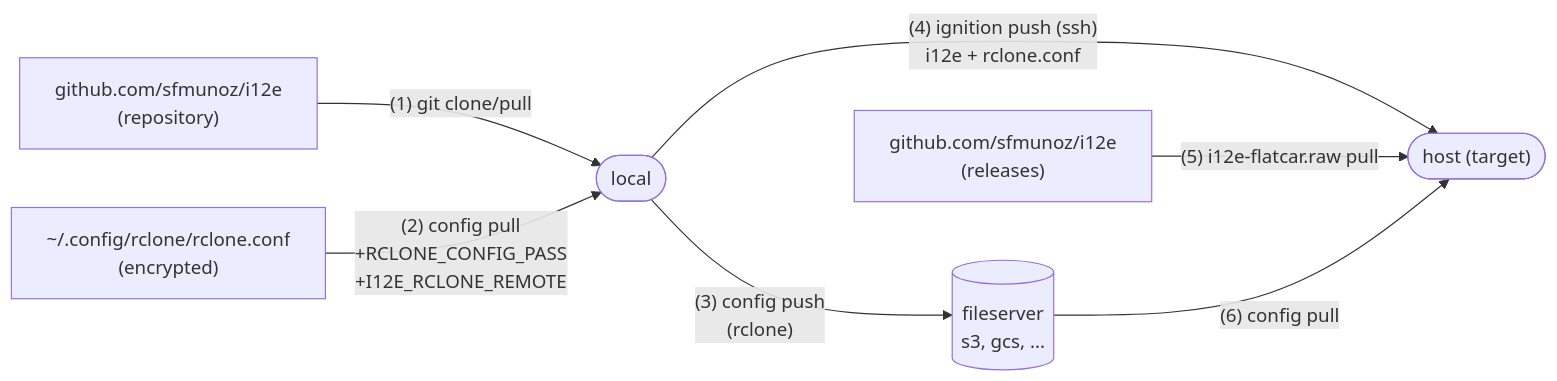
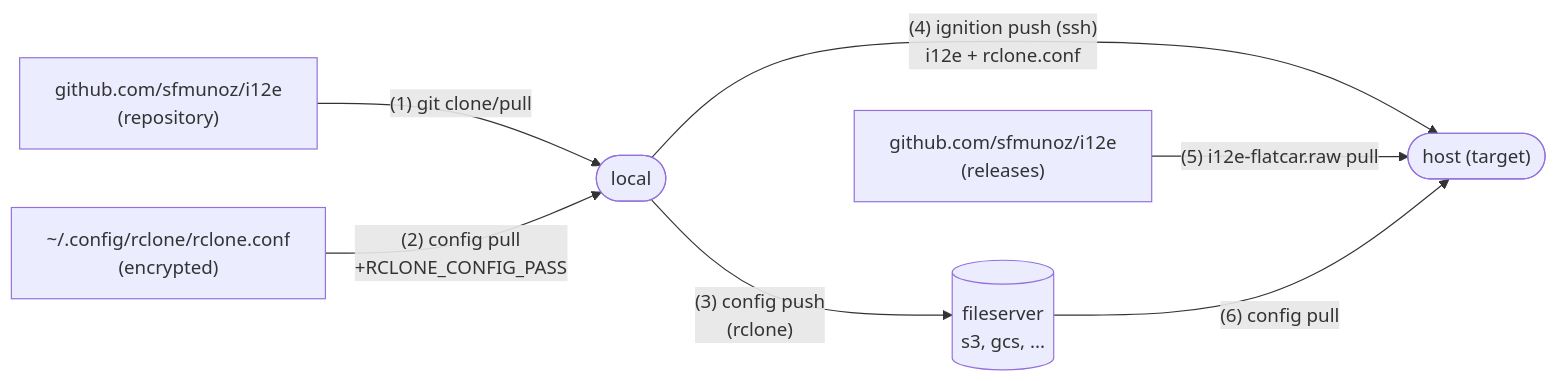
Before and after one commit to sfmunoz/i12e: the diagram in README.md, drawn with Mermaid. The commit also changed 4 other files, not shown here.

Commit message:
genesis: 'I12E_ENV' created and 'I12E_RCLONE_REMOTE' deleted

````diff
--- a/README.md
+++ b/README.md
@@ -39,15 +39,15 @@
 ```mermaid
 flowchart LR
     github_repo["github.com/sfmunoz/i12e<br/>(repository)"]
     github_rel["github.com/sfmunoz/i12e<br/>(releases)"]
     rclone_conf["~/.config/rclone/rclone.conf<br/>(encrypted)"]
     local(["local"])
     fs[("fileserver<br/>s3, gcs, ...")] 
     host(["host (target)"])
     github_repo -->|"(1) git clone/pull"| local
-    rclone_conf -->|"(2) config pull<br/>+RCLONE_CONFIG_PASS<br/>+I12E_RCLONE_REMOTE"| local
+    rclone_conf -->|"(2) config pull<br/>+RCLONE_CONFIG_PASS"| local
     local -->|"(3) config push<br/>(rclone)"| fs
     local -->|"(4) ignition push (ssh)<br/>i12e + rclone.conf"| host
     github_rel -->|"(5) i12e-flatcar.raw pull"| host
     fs -->|"(6) config pull"| host
 ```
````
